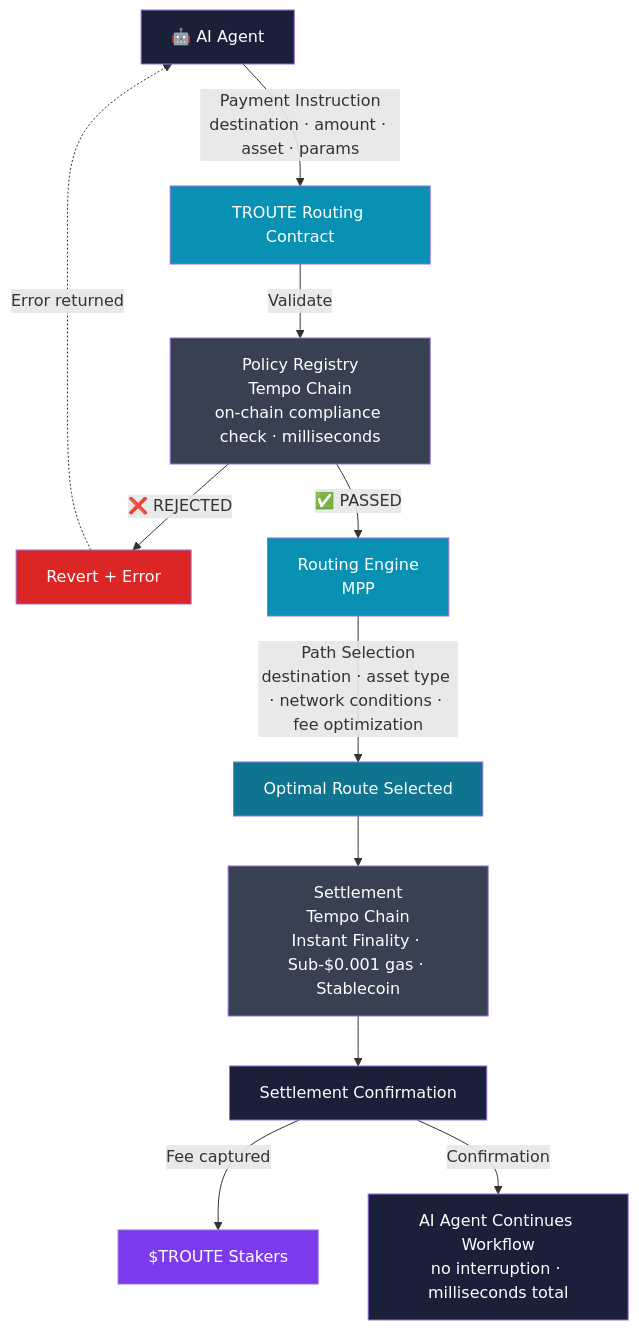
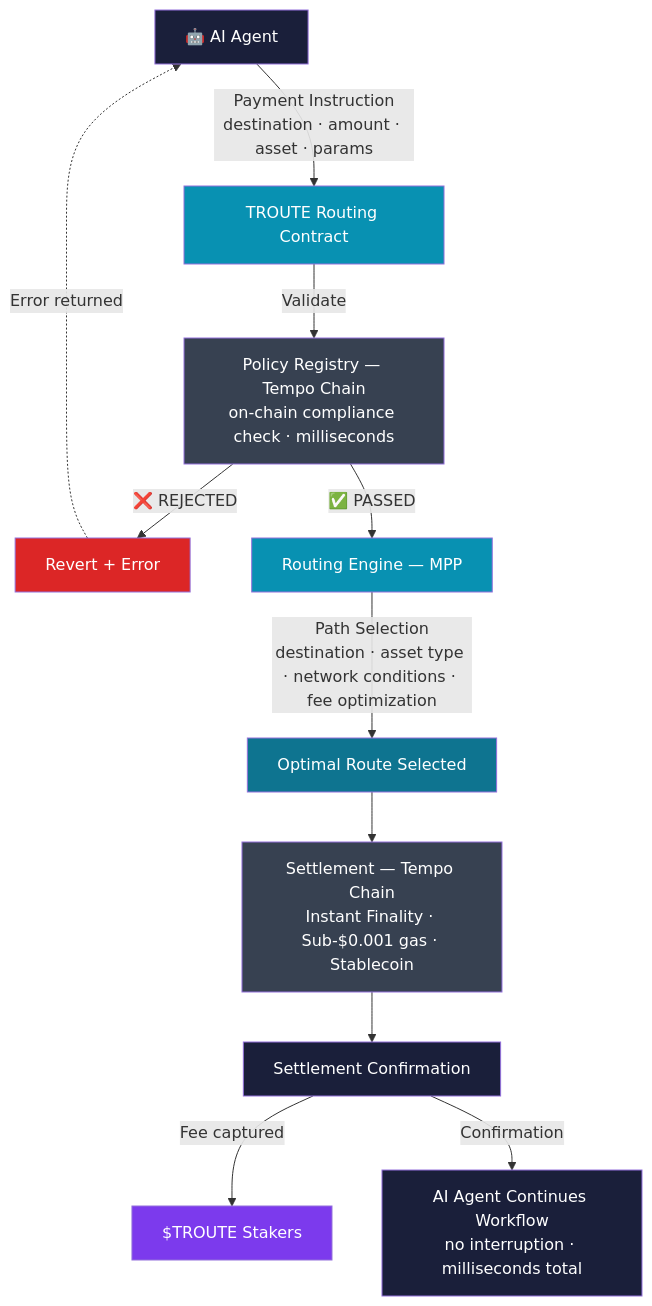
The diagram in the-solution.md (diero-hl/troute-docs), drawn with Mermaid before and after one commit.

Commit message:
Fix \n line breaks to <br/> and fix on-chain typo in diagram

````diff
--- a/the-solution.md
+++ b/the-solution.md
@@ -11,27 +11,27 @@
 ```mermaid
 flowchart TD
-    A["🤖 AI Agent"] -->|"Payment Instruction\ndestination · amount · asset · params"| B["TROUTE Routing Contract"]
-    B -->|Validate| C["Policy Registry\nTempo Chain\non-chain compliance check · milliseconds"]
+    A["🤖 AI Agent"] -->|"Payment Instruction<br/>destination · amount · asset · params"| B["TROUTE Routing Contract"]
+    B -->|Validate| C["Policy Registry — Tempo Chain<br/>on-chain compliance check · milliseconds"]
 
     C -->|"❌ REJECTED"| R["Revert + Error"]
     R -.->|"Error returned"| A
 
-    C -->|"✅ PASSED"| D["Routing Engine\nMPP"]
-    D -->|"Path Selection\ndestination · asset type · network conditions · fee optimization"| E["Optimal Route Selected"]
-    E --> F["Settlement\nTempo Chain\nInstant Finality · Sub-$0.001 gas · Stablecoin"]
+    C -->|"✅ PASSED"| D["Routing Engine — MPP"]
+    D -->|"Path Selection<br/>destination · asset type · network conditions · fee optimization"| E["Optimal Route Selected"]
+    E --> F["Settlement — Tempo Chain<br/>Instant Finality · Sub-$0.001 gas · Stablecoin"]
     F --> G["Settlement Confirmation"]
 
     G -->|"Fee captured"| S["$TROUTE Stakers"]
-    G -->|"Confirmation"| A2["AI Agent Continues Workflow\nno interruption · milliseconds total"]
+    G -->|"Confirmation"| A2["AI Agent Continues Workflow<br/>no interruption · milliseconds total"]
 
     style A fill:#1A1F3A,color:#fff
     style B fill:#0891b2,color:#fff
     style C fill:#374151,color:#fff
     style R fill:#dc2626,color:#fff
     style D fill:#0891b2,color:#fff
     style E fill:#0e7490,color:#fff
     style F fill:#374151,color:#fff
     style G fill:#1A1F3A,color:#fff
     style S fill:#7c3aed,color:#fff
     style A2 fill:#1A1F3A,color:#fff
 ```
````
